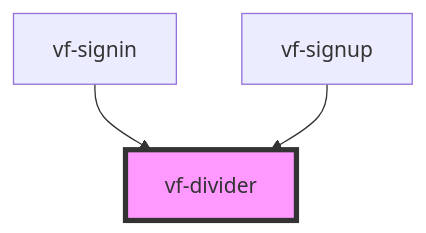
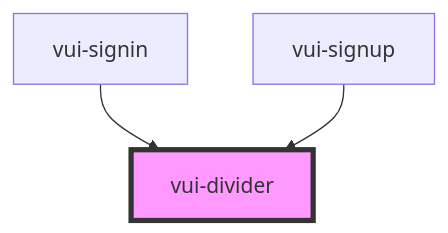
The diagram in packages/stencil-library/src/components/divider/readme.md (verite-team/verite-elements), drawn with Mermaid before and after one commit. The commit also changed other lines of this file and 116 other files, not shown here.

````diff
--- a/packages/stencil-library/src/components/divider/readme.md
+++ b/packages/stencil-library/src/components/divider/readme.md
@@ -23,6 +21,6 @@
 ```mermaid
 graph TD;
-  vf-signin --> vf-divider
-  vf-signup --> vf-divider
-  style vf-divider fill:#f9f,stroke:#333,stroke-width:4px
+  vui-signin --> vui-divider
+  vui-signup --> vui-divider
+  style vui-divider fill:#f9f,stroke:#333,stroke-width:4px
 ```
````
